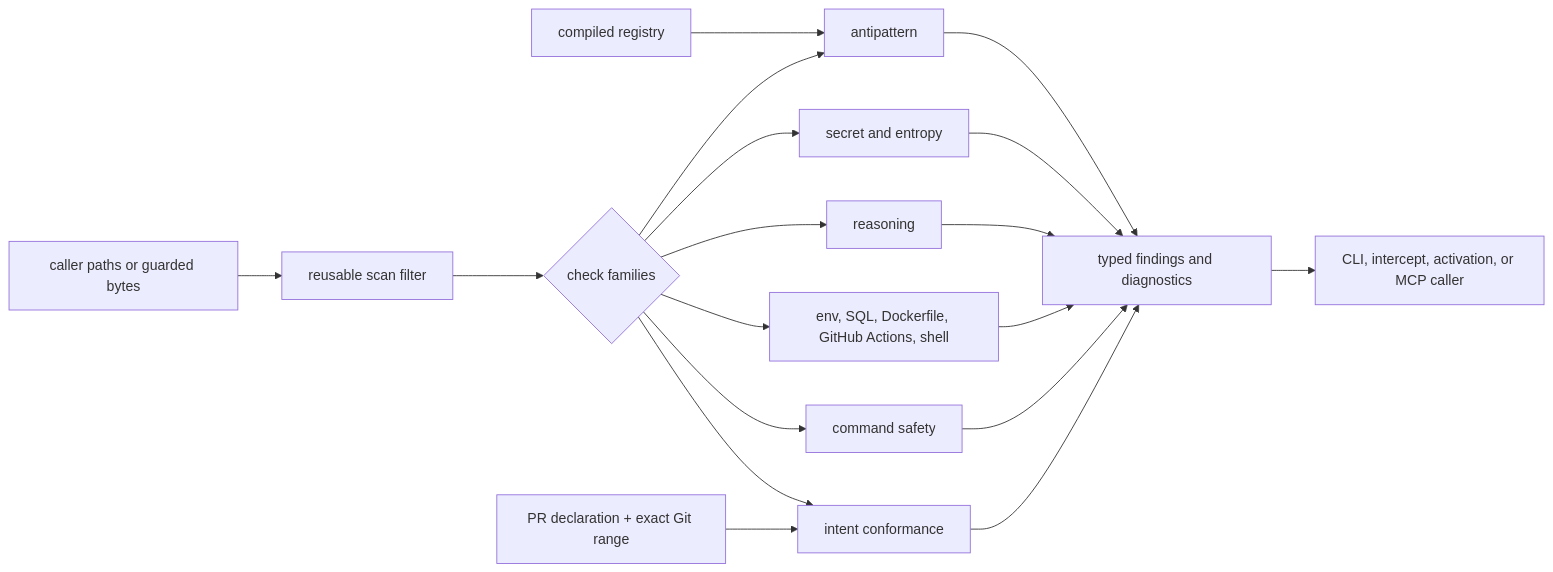
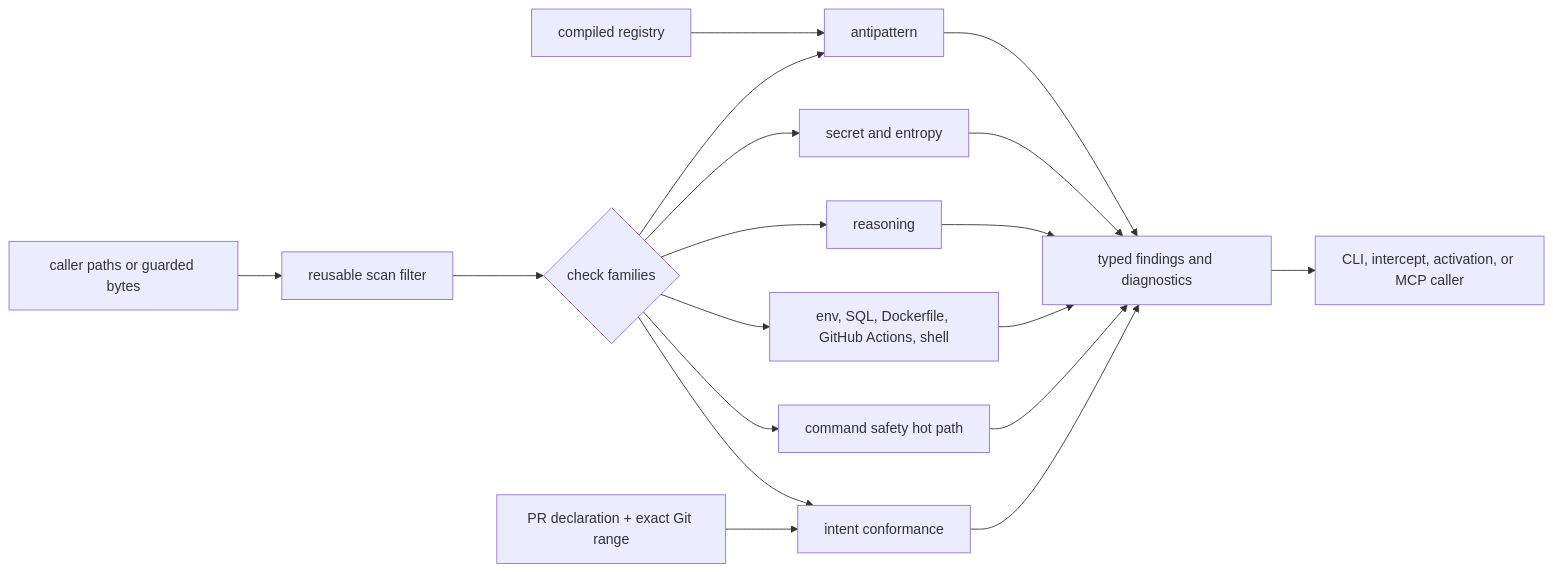
Before and after one commit to eddacraft/eddacraft-tui: the diagram in crates/anvil-checks/ARCHITECTURE.md, drawn with Mermaid. The commit also changed other lines of this file and 1 other file, not shown here.

First line of the commit message:
fix(docs): CLIC-010 scrub + command-safety diagram freshness

````diff
--- a/crates/anvil-checks/ARCHITECTURE.md
+++ b/crates/anvil-checks/ARCHITECTURE.md
@@ -35,20 +35,20 @@
 ```mermaid
 flowchart LR
     Input[caller paths or guarded bytes] --> Filter[reusable scan filter]
     Filter --> Families{check families}
     Registry[compiled registry] --> Anti[antipattern]
     Families --> Anti
     Families --> Secret[secret and entropy]
     Families --> Reason[reasoning]
     Families --> Surface[env, SQL, Dockerfile, GitHub Actions, shell]
-    Families --> Command[command safety]
+    Families --> Command[command safety hot path]
     Families --> Conformance[intent conformance]
     PR[PR declaration + exact Git range] --> Conformance
     Anti --> Results[typed findings and diagnostics]
     Secret --> Results
     Reason --> Results
     Surface --> Results
     Command --> Results
     Conformance --> Results
     Results --> Caller[CLI, intercept, activation, or MCP caller]
 ```
````
